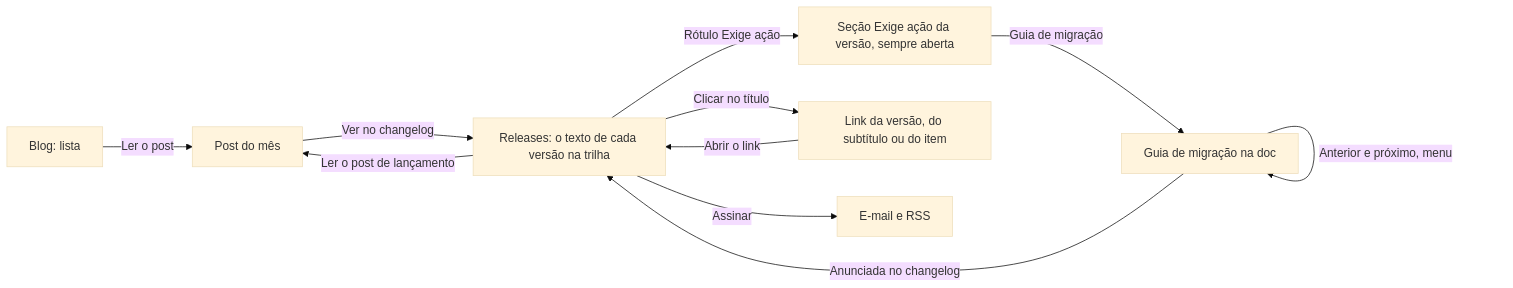
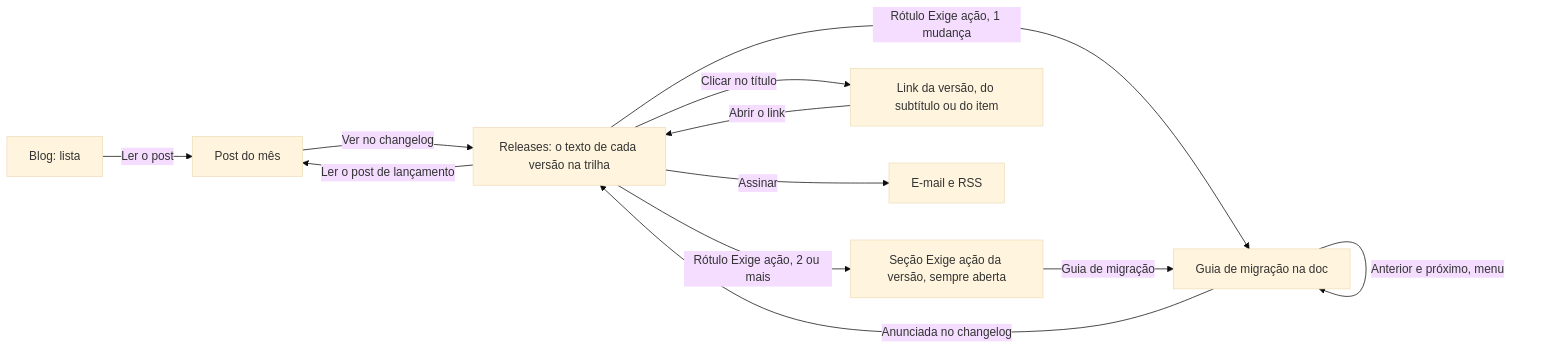
The diagram in app/pages/releases-no-docs/DECISOES.md (pernalombr4/prototipos), drawn with Mermaid (base theme) before and after one commit. The commit also changed other lines of this file and 3 other files, not shown here.

````diff
--- a/app/pages/releases-no-docs/DECISOES.md
+++ b/app/pages/releases-no-docs/DECISOES.md
@@ -26,13 +27,14 @@
 ```mermaid
 flowchart LR
   B[Blog: lista] -->|Ler o post| P[Post do mês]
   P -->|Ver no changelog| C[Releases: o texto de cada versão na trilha]
   C -->|Ler o post de lançamento| P
-  C -->|Rótulo Exige ação| R[Seção Exige ação da versão, sempre aberta]
+  C -->|Rótulo Exige ação, 1 mudança| G
+  C -->|Rótulo Exige ação, 2 ou mais| R[Seção Exige ação da versão, sempre aberta]
   R -->|Guia de migração| G[Guia de migração na doc]
   G -->|Anunciada no changelog| C
   G -->|Anterior e próximo, menu| G
   C -->|Clicar no título| L[Link da versão, do subtítulo ou do item]
   L -->|Abrir o link| C
   C -->|Assinar| A[E-mail e RSS]
 ```
````
